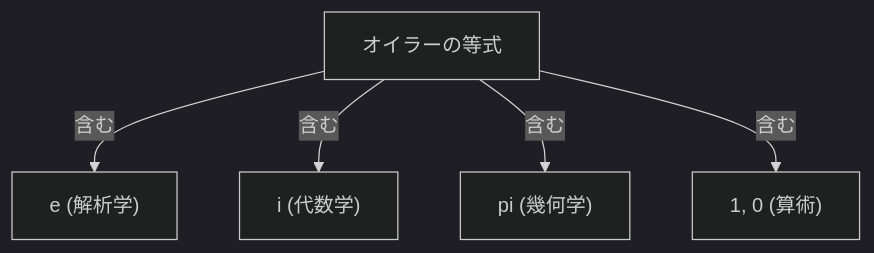
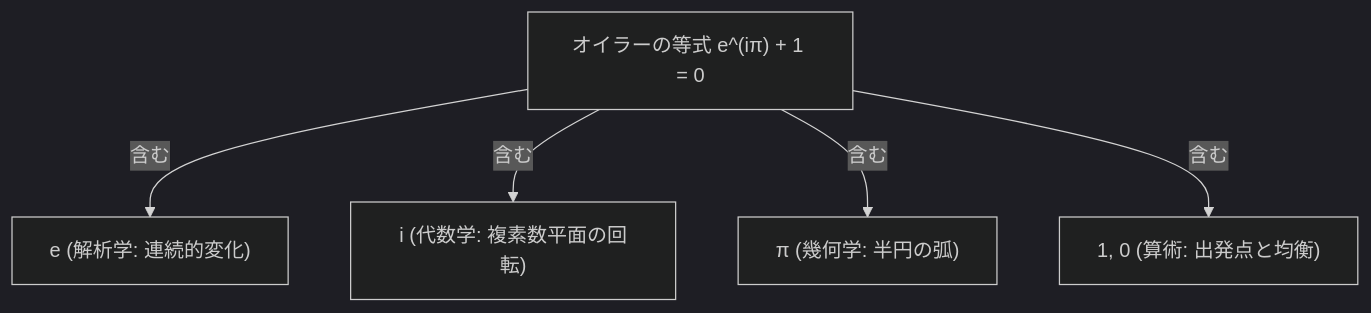
The diagram in content/post/eulers-identity/index.md (kenjinote/blog), drawn with Mermaid (dark theme) before and after one commit. The commit also changed other lines of this file and 276 other files, not shown here.

````diff
--- a/content/post/eulers-identity/index.md
+++ b/content/post/eulers-identity/index.md
@@ -30,7 +141,7 @@
 ```mermaid
 graph TD
-    A["オイラーの等式"] -->|"含む"| B["e (解析学)"]
-    A -->|"含む"| C["i (代数学)"]
-    A -->|"含む"| D["pi (幾何学)"]
-    A -->|"含む"| E["1, 0 (算術)"]
+    A["オイラーの等式 e^(iπ) + 1 = 0"] -->|"含む"| B["e (解析学: 連続的変化)"]
+    A -->|"含む"| C["i (代数学: 複素数平面の回転)"]
+    A -->|"含む"| D["π (幾何学: 半円の弧)"]
+    A -->|"含む"| E["1, 0 (算術: 出発点と均衡)"]
 ```
````
